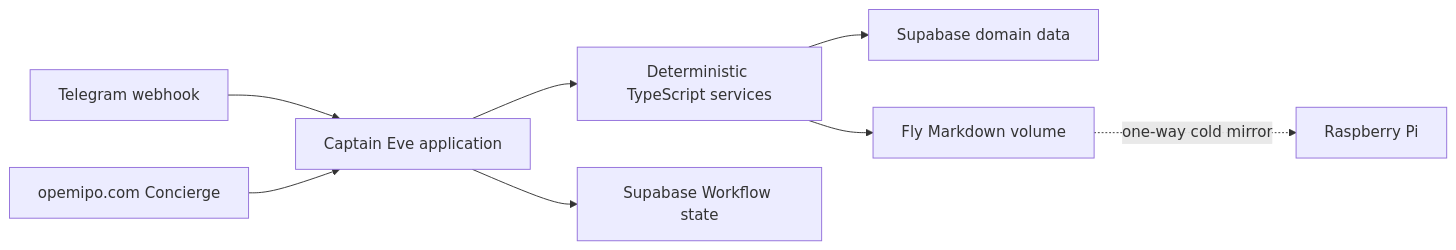
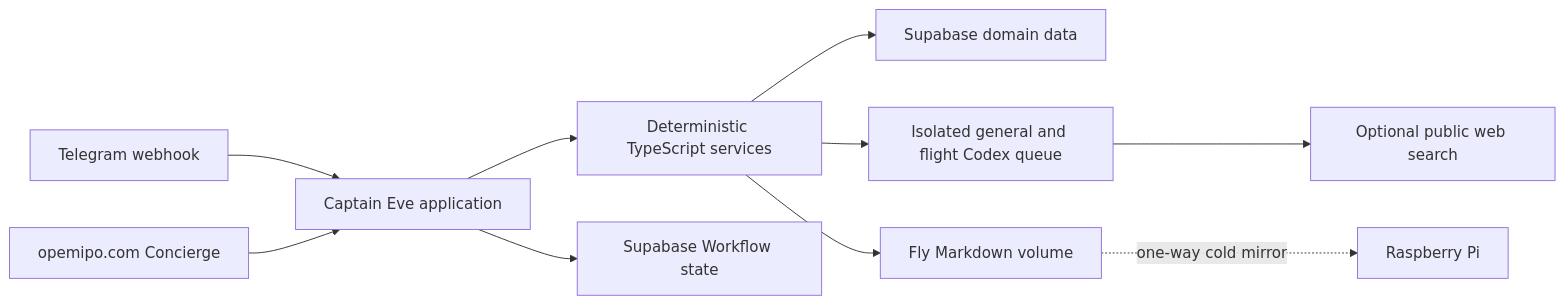
Before and after one commit to moonlight-ng/captain: the diagram in docs/architecture.md, drawn with Mermaid. The commit also changed other lines of this file and 4 other files, not shown here.

````diff
--- a/docs/architecture.md
+++ b/docs/architecture.md
@@ -13,10 +13,12 @@
 ```mermaid
 flowchart LR
   Telegram[Telegram webhook] --> Eve[Captain Eve application]
   Concierge[opemipo.com Concierge] --> Eve
   Eve --> Services[Deterministic TypeScript services]
   Eve --> Workflow[Supabase Workflow state]
   Services --> Domain[Supabase domain data]
+  Services --> Codex[Isolated general and flight Codex queue]
+  Codex --> Web[Optional public web search]
   Services --> Memory[Fly Markdown volume]
   Memory -. one-way cold mirror .-> Pi[Raspberry Pi]
 ```
````
